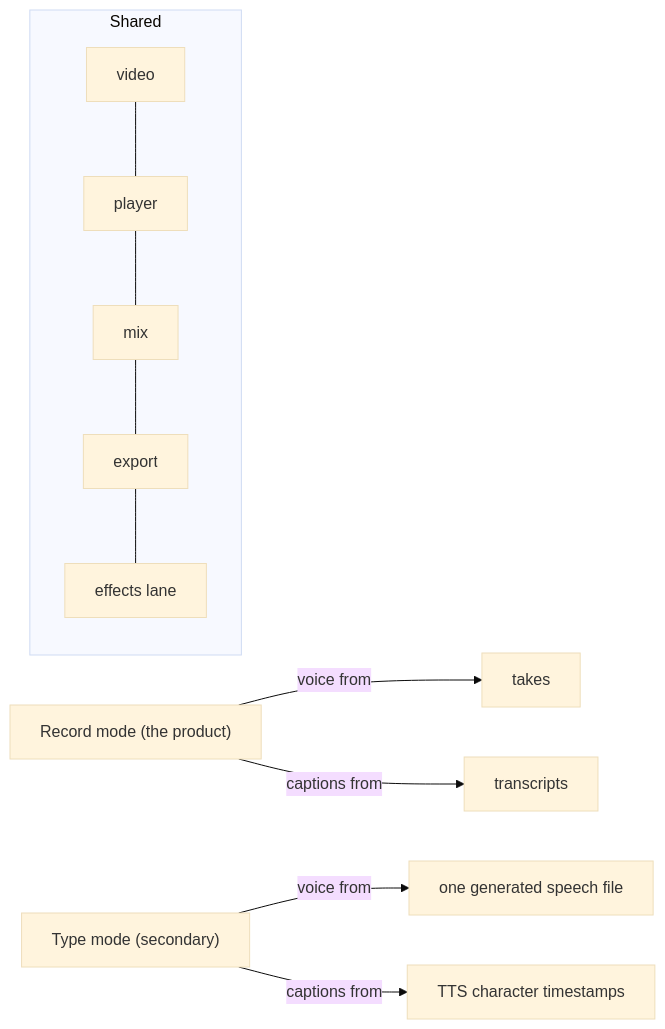
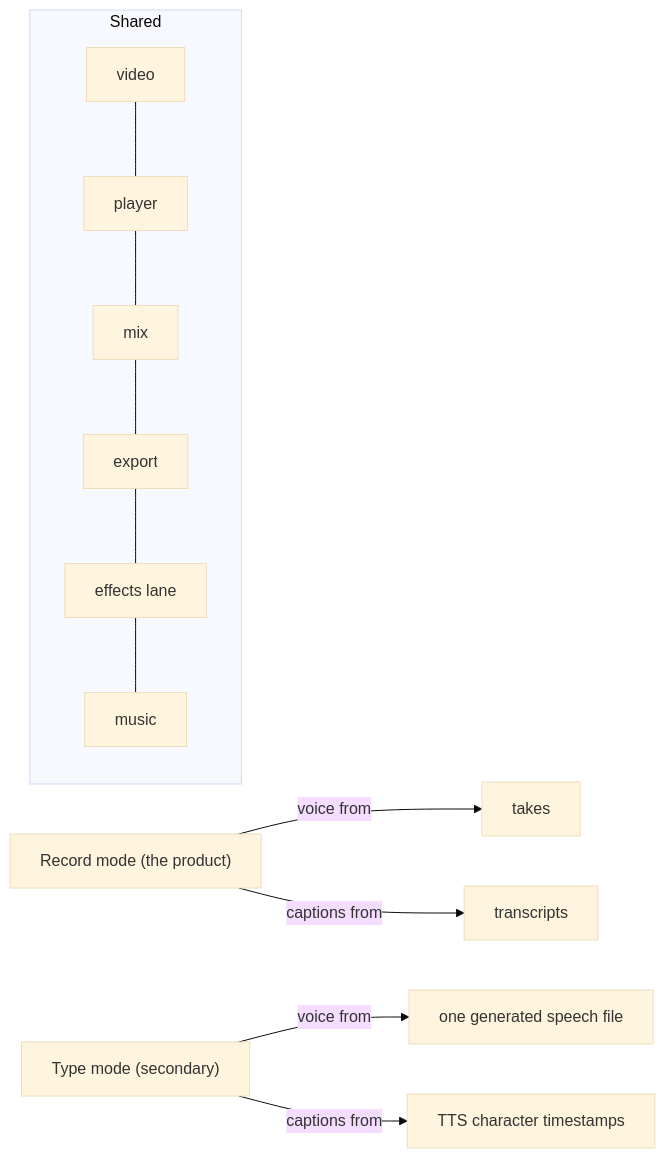
The fifth of 5 diagrams in docs/architecture.md (yvelkoa/VoiceoverStudio), drawn with Mermaid (base theme) before and after one commit. The commit also changed other lines of this file and 22 other files, not shown here.

````diff
--- a/docs/architecture.md
+++ b/docs/architecture.md
@@ -209,10 +211,10 @@
 ```mermaid
 flowchart LR
     subgraph Shared
-        V[video] --- PL[player] --- MX[mix] --- EX[export] --- EF[effects lane]
+        V[video] --- PL[player] --- MX[mix] --- EX[export] --- EF[effects lane] --- MU[music]
     end
     R["Record mode (the product)"] -->|voice from| T[takes]
     R -->|captions from| TR[transcripts]
     Y["Type mode (secondary)"] -->|voice from| G[one generated speech file]
     Y -->|captions from| TS[TTS character timestamps]
 ```
````
